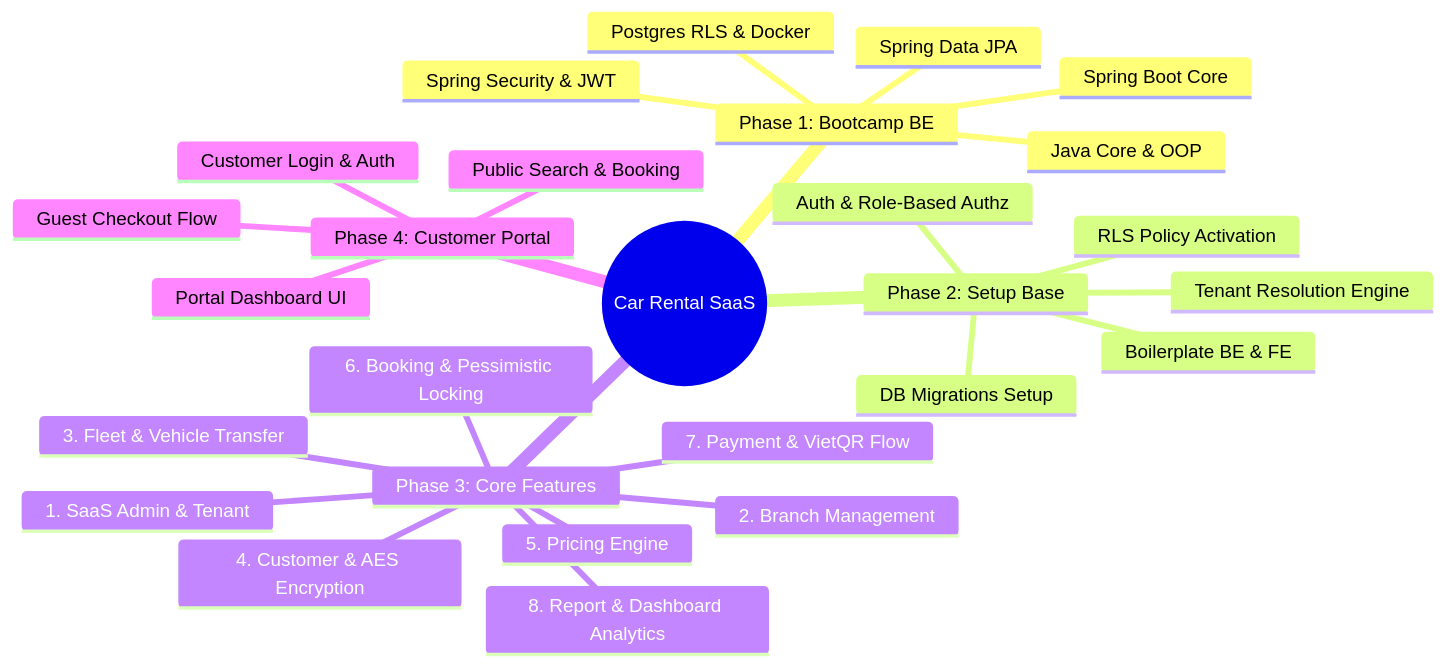
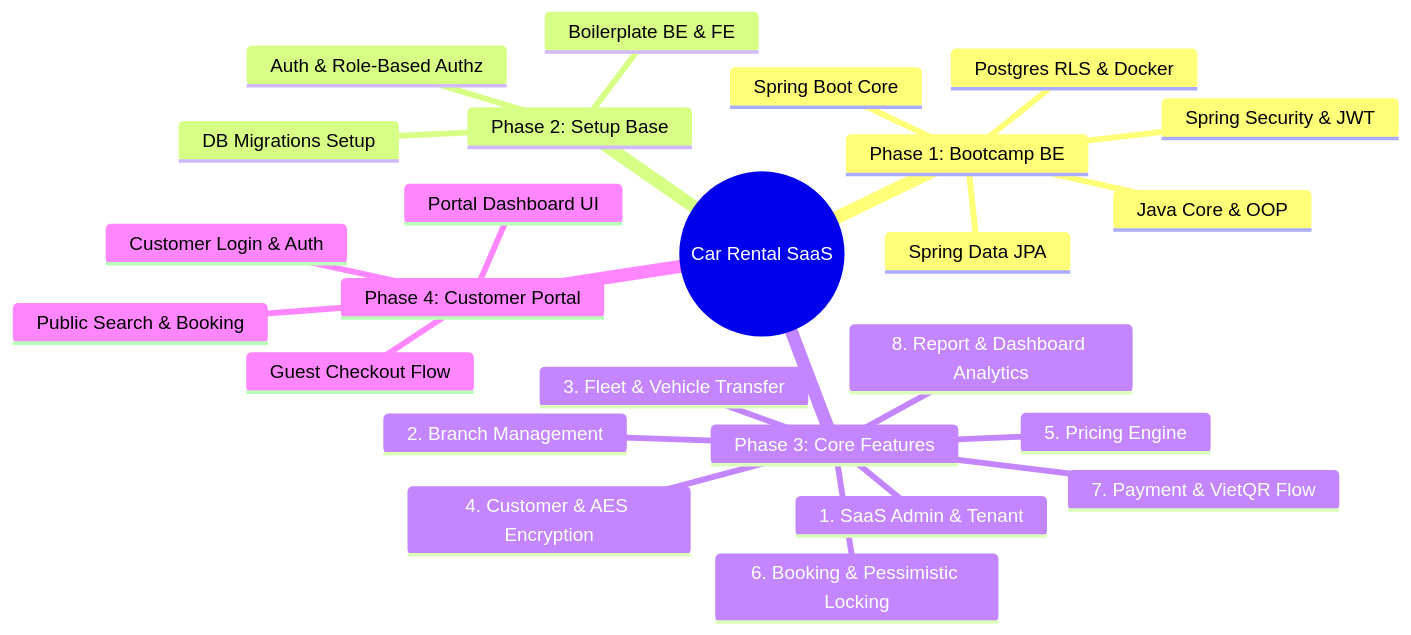
One commit to dinhtuan99/car-rental-backend changed the first of 2 diagrams in docs/Mindmap.md. Above: the diagram before and after it, drawn with Mermaid. The commit also changed other lines of this file and 3 other files, not shown here.

First line of the commit message:
docs(roadmap): update bootcamp deliverables and milestone criteria

````diff
--- a/docs/Mindmap.md
+++ b/docs/Mindmap.md
@@ -13,34 +13,32 @@
 ```mermaid
 mindmap
   root((Car Rental SaaS))
     Phase 1: Bootcamp BE
       ::icon(fa fa-book)
       Java Core & OOP
       Spring Boot Core
       Spring Data JPA
       Spring Security & JWT
       Postgres RLS & Docker
     Phase 2: Setup Base
       ::icon(fa fa-cogs)
       Boilerplate BE & FE
       Auth & Role-Based Authz
-      Tenant Resolution Engine
       DB Migrations Setup
-      RLS Policy Activation
     Phase 3: Core Features
       ::icon(fa fa-layer-group)
       1. SaaS Admin & Tenant
       2. Branch Management
       3. Fleet & Vehicle Transfer
       4. Customer & AES Encryption
       5. Pricing Engine
       6. Booking & Pessimistic Locking
       7. Payment & VietQR Flow
       8. Report & Dashboard Analytics
     Phase 4: Customer Portal
       ::icon(fa fa-globe)
       Public Search & Booking
       Guest Checkout Flow
       Customer Login & Auth
       Portal Dashboard UI
 ```
````
